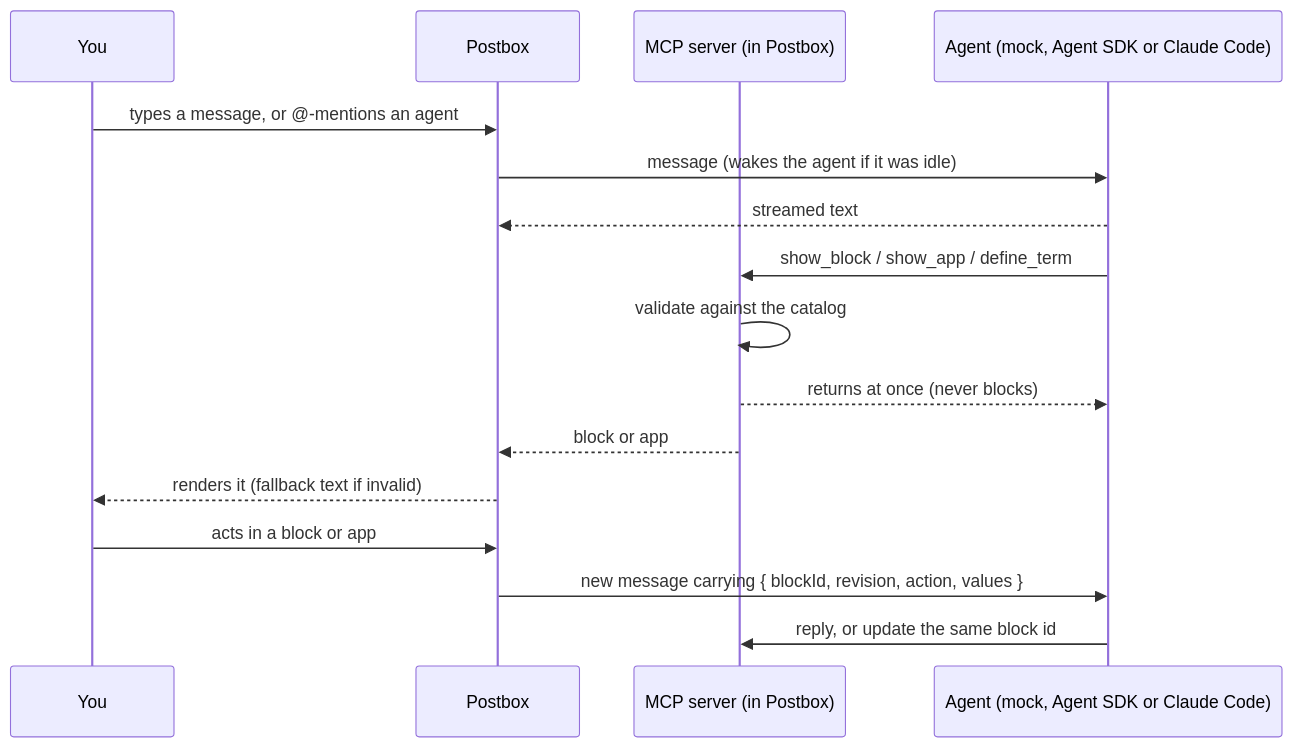
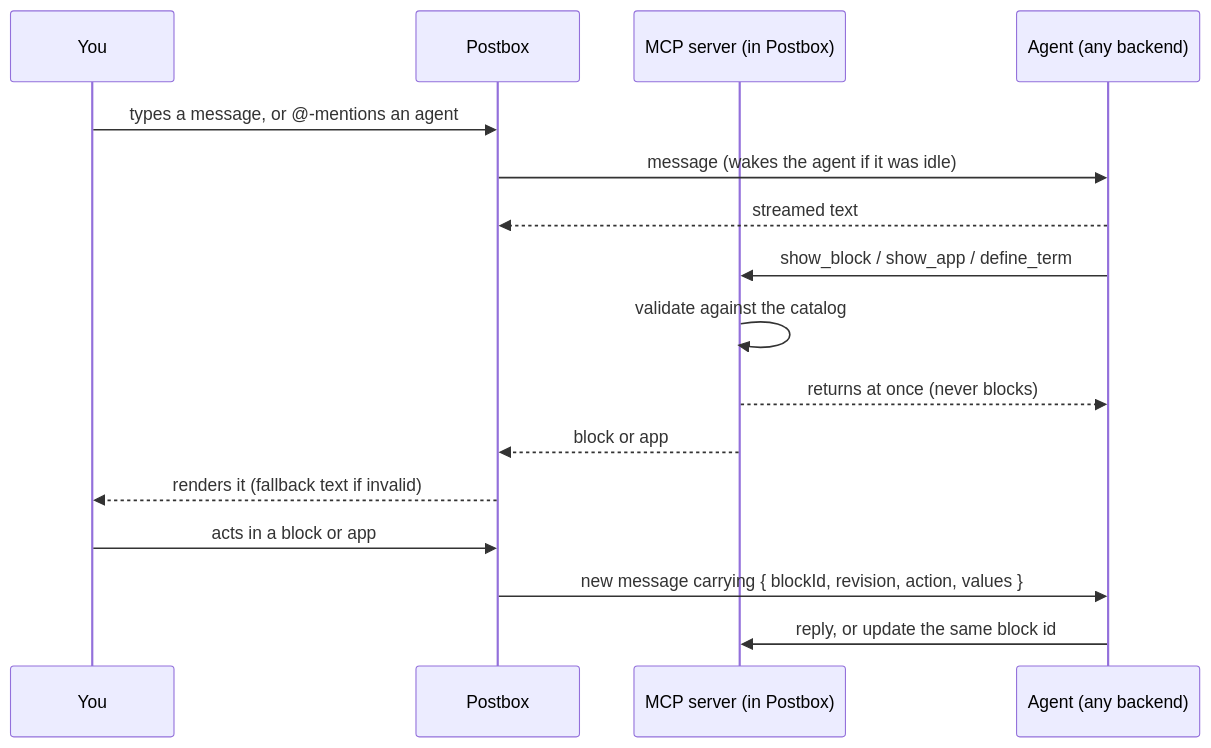
The second of 2 diagrams in designs/intent.md (HJeon139/postbox), drawn with Mermaid before and after one commit. The commit also changed other lines of this file and 14 other files, not shown here.

````diff
--- a/designs/intent.md
+++ b/designs/intent.md
@@ -63,18 +63,18 @@
 ```mermaid
 sequenceDiagram
   participant U as You
   participant A as Postbox
   participant M as MCP server (in Postbox)
-  participant G as Agent (mock, Agent SDK or Claude Code)
+  participant G as Agent (any backend)
   U->>A: types a message, or @-mentions an agent
   A->>G: message (wakes the agent if it was idle)
   G-->>A: streamed text
   G->>M: show_block / show_app / define_term
   M->>M: validate against the catalog
   M-->>G: returns at once (never blocks)
   M-->>A: block or app
   A-->>U: renders it (fallback text if invalid)
   U->>A: acts in a block or app
   A->>G: new message carrying { blockId, revision, action, values }
   G->>M: reply, or update the same block id
 ```
````
